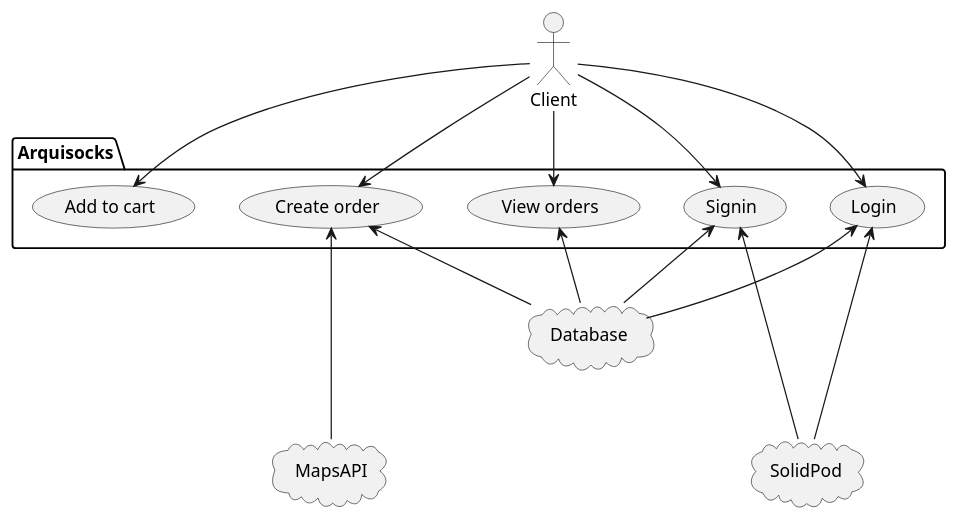
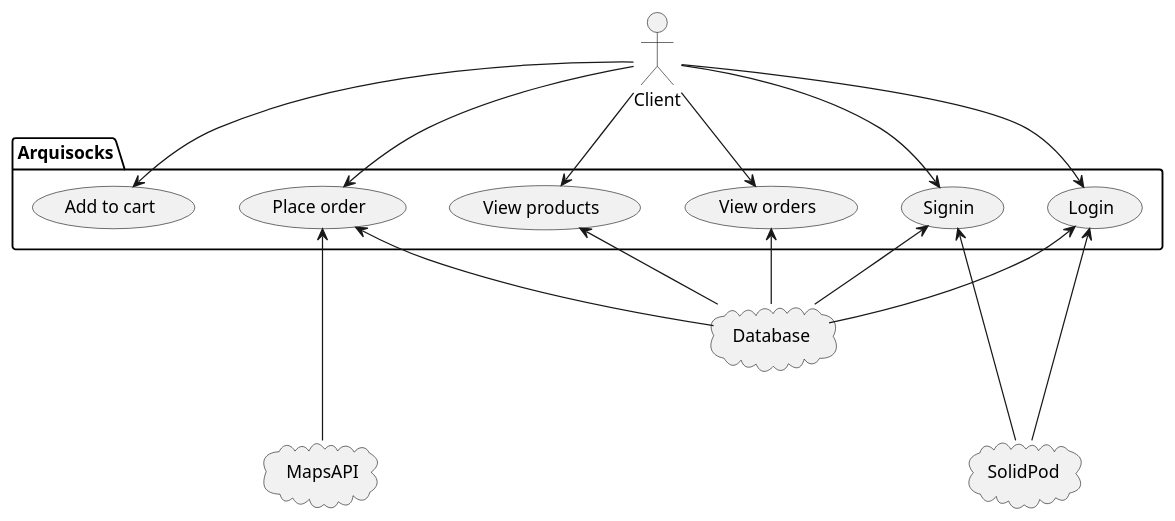
Before and after one commit to Arquisoft/dede_es5a: the diagram in docs/01_introduction_and_goals.adoc, drawn with PlantUML.

Commit message:
Corrección de la docuemntación

```diff
--- a/docs/01_introduction_and_goals.adoc
+++ b/docs/01_introduction_and_goals.adoc
@@ -17,35 +17,37 @@
 [plantuml,"Sequence requirements_use_case_digram",png]
 ----
 @startuml
 
-actor Client as c
+actor Client as client
 
 package Arquisocks {
-  usecase "Add to cart" as atc
-  usecase "Create order" as co
-  usecase "Login" as l
-  usecase "Signin" as s
-  usecase "View orders" as vo
+  usecase "Add to cart" as addToCart
+  usecase "Place order" as placeOrder
+  usecase "Login" as login
+  usecase "Signin" as signin
+  usecase "View orders" as viewOrders
+  usecase "View products" as viewProducts
 }
 
 cloud Database
 cloud SolidPod
 cloud MapsAPI
 
-c --> atc
-c --> co
-c --> l
-c --> s
-c --> vo
+client --> viewProducts
+client --> addToCart
+client --> placeOrder
+client --> login
+client --> signin
+client --> viewOrders
 
-Database -u-> co
-Database -u-> vo
-Database -u-> s
-Database -u-> l
-SolidPod -u--> l
-SolidPod -u--> s
-MapsAPI -u--> co
-
+Database -u-> viewProducts
+Database -u-> placeOrder
+Database -u-> viewOrders
+Database -u-> signin
+Database -u-> login
+SolidPod -u--> login
+SolidPod -u--> signin
+MapsAPI -u--> placeOrder
 
 @enduml
 ----
```
